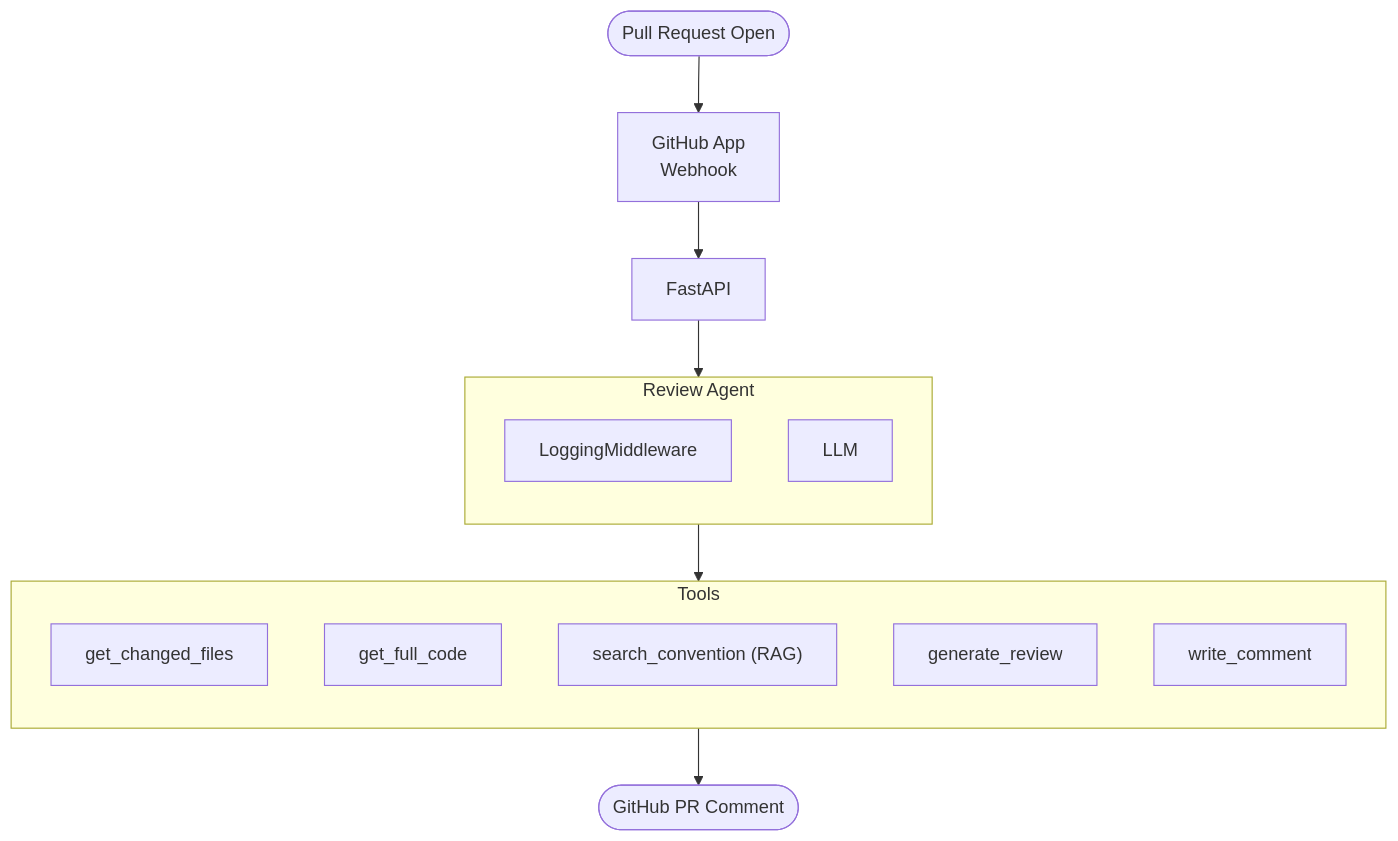
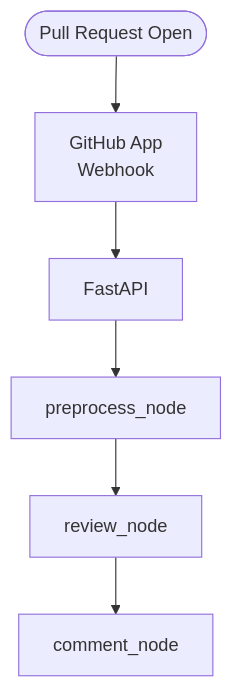
Before and after one commit to Ryuharam/vicki-project: the diagram in README.md, drawn with Mermaid. The commit also changed other lines of this file and 20 other files, not shown here.

````diff
--- a/README.md
+++ b/README.md
@@ -13,30 +13,11 @@
 ```mermaid
 flowchart TD
 
     PR([Pull Request Open])
 
     PR --> WEBHOOK["GitHub App<br/>Webhook"]
     WEBHOOK --> API["FastAPI"]
 
-    API --> AGENT
+    API["FastAPI"] --> preprocess_node --> review_node --> comment_node 
 
-    subgraph AGENT["Review Agent"]
-        direction TB
-        LOG["LoggingMiddleware"]
-        LLM["LLM"]
-    end
-
-    LLM --> TOOLS
-
-    subgraph TOOLS["Tools"]
-        direction TB
-
-        C1["get_changed_files"]
-        C2["get_full_code"]
-        C3["search_convention (RAG)"]
-        C4["generate_review"]
-        C5["write_comment"]
-    end
-
-    C5 --> COMMENT([GitHub PR Comment])
 ```
````
